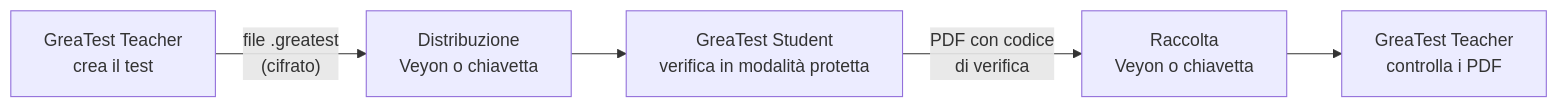
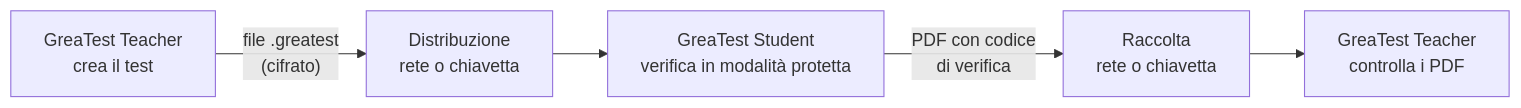
One commit to ChrisShow/GreaTest_releases changed the diagram in README.md. Above: the diagram before and after it, drawn with Mermaid. The commit also changed other lines of this file, not shown here.

````diff
--- a/README.md
+++ b/README.md
@@ -19,7 +19,7 @@
 ```mermaid
 flowchart LR
-    T["GreaTest Teacher<br/>crea il test"] -- "file .greatest<br/>(cifrato)" --> D["Distribuzione<br/>Veyon o chiavetta"]
+    T["GreaTest Teacher<br/>crea il test"] -- "file .greatest<br/>(cifrato)" --> D["Distribuzione<br/>rete o chiavetta"]
     D --> S["GreaTest Student<br/>verifica in modalità protetta"]
-    S -- "PDF con codice<br/>di verifica" --> R["Raccolta<br/>Veyon o chiavetta"]
+    S -- "PDF con codice<br/>di verifica" --> R["Raccolta<br/>rete o chiavetta"]
     R --> C["GreaTest Teacher<br/>controlla i PDF"]
 ```
````
